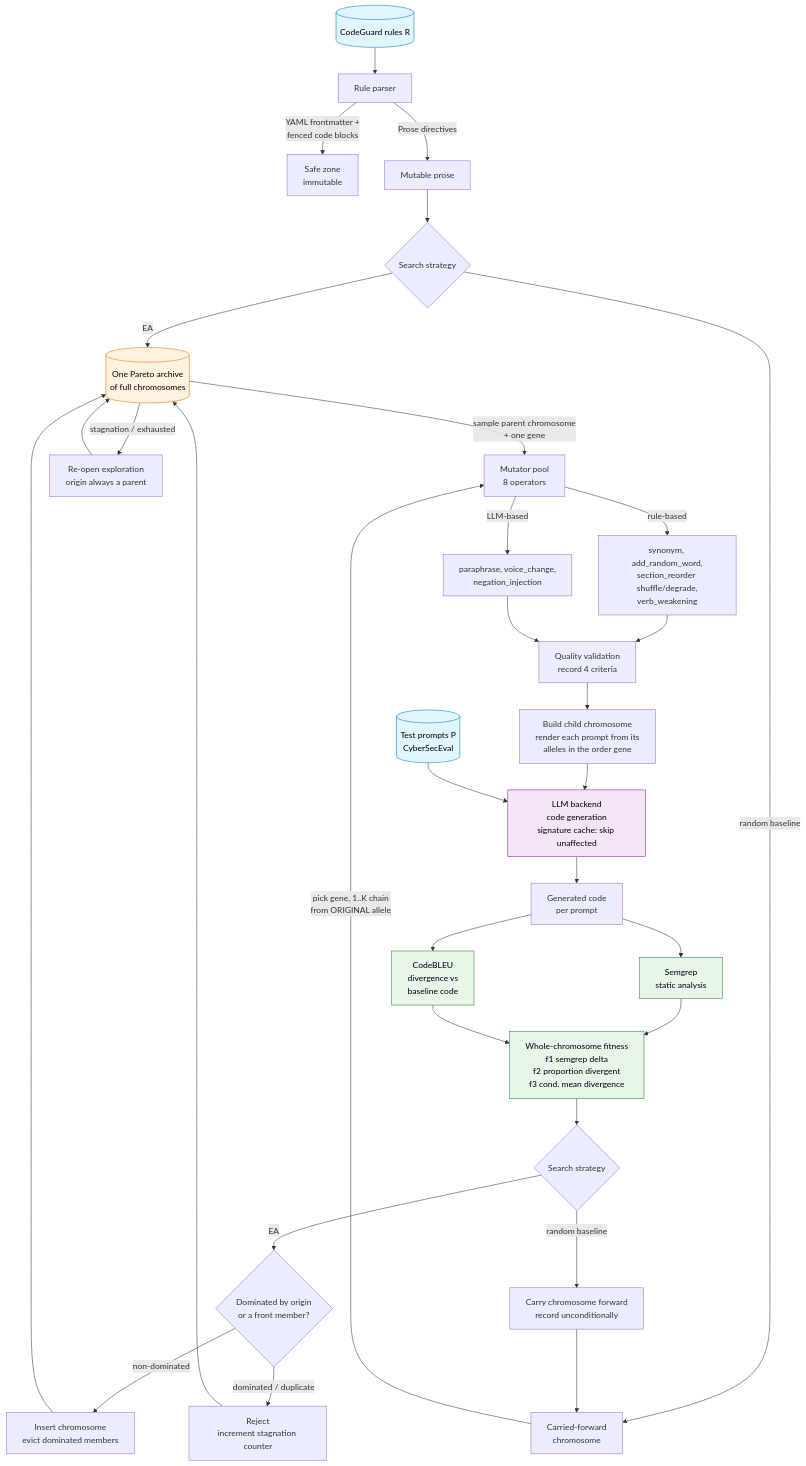
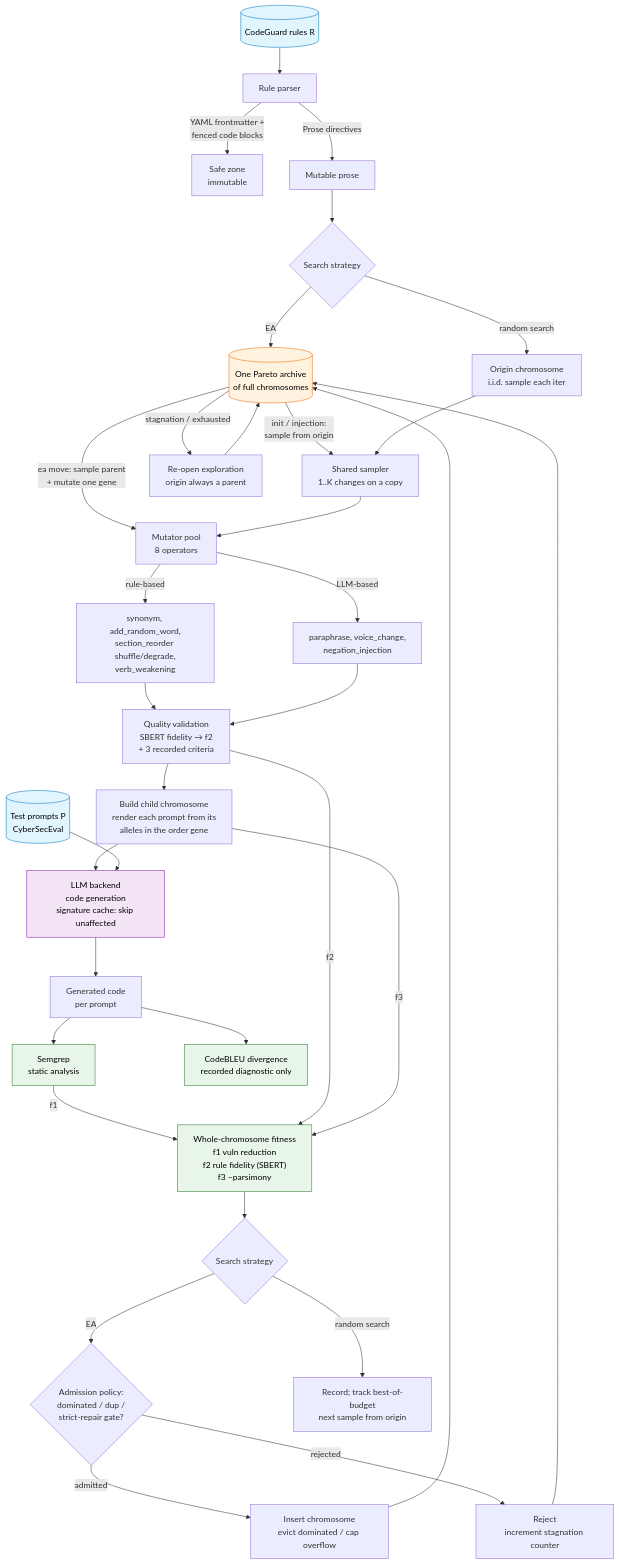
One commit to RobertoN0/rule-mutation changed the diagram in ARCHITECTURE.md. Above: the diagram before and after it, drawn with Mermaid. The commit also changed other lines of this file and 4 other files, not shown here.

First line of the commit message:
docs: refresh all docs to schema-4 repair reality, trim premature analysis

````diff
--- a/ARCHITECTURE.md
+++ b/ARCHITECTURE.md
@@ -20,59 +19,61 @@
 ```mermaid
 flowchart TD
     %% ===== Inputs =====
     R[("CodeGuard rules R")]
     P[("Test prompts P<br/>CyberSecEval")]
 
     %% ===== Rule parsing / safe-zone contract =====
     R --> RP[Rule parser]
     RP -->|YAML frontmatter +<br/>fenced code blocks| SZ[Safe zone<br/>immutable]
     RP -->|Prose directives| MZ[Mutable prose]
 
-    %% ===== Strategy split: parent selection =====
+    %% ===== Strategy split: how the next candidate is built =====
     MZ --> STRAT{Search strategy}
     STRAT -->|EA| ARC[("One Pareto archive<br/>of full chromosomes")]
-    STRAT -->|random baseline| CUR[Carried-forward<br/>chromosome]
-    ARC -->|sample parent chromosome<br/>+ one gene| MUT[Mutator pool<br/>8 operators]
-    CUR -->|pick gene, 1..K chain<br/>from ORIGINAL allele| MUT
+    STRAT -->|random search| ORG[Origin chromosome<br/>i.i.d. sample each iter]
+    ARC -->|ea move: sample parent<br/>+ mutate one gene| MUT[Mutator pool<br/>8 operators]
+    ARC -->|init / injection:<br/>sample from origin| SMP[Shared sampler<br/>1..K changes on a copy]
+    ORG --> SMP
+    SMP --> MUT
 
     %% ===== Mutator pool =====
     MUT -->|rule-based| MB[synonym, add_random_word,<br/>section_reorder shuffle/degrade,<br/>verb_weakening]
     MUT -->|LLM-based| LB[paraphrase, voice_change,<br/>negation_injection]
-    MB --> QV[Quality validation<br/>record 4 criteria]
+    MB --> QV[Quality validation<br/>SBERT fidelity → f2<br/>+ 3 recorded criteria]
     LB --> QV
     QV --> ASM[Build child chromosome<br/>render each prompt from its<br/>alleles in the order gene]
 
-    %% ===== Fitness evaluation =====
+    %% ===== Fitness evaluation (conservative objectives) =====
     ASM --> LLM[LLM backend<br/>code generation<br/>signature cache: skip unaffected]
     P --> LLM
     LLM --> CODE[Generated code<br/>per prompt]
     CODE --> SG[Semgrep<br/>static analysis]
-    CODE --> CB[CodeBLEU<br/>divergence vs<br/>baseline code]
-    SG --> FIT["Whole-chromosome fitness<br/>f1 semgrep delta<br/>f2 proportion divergent<br/>f3 cond. mean divergence"]
-    CB --> FIT
+    CODE --> CB[CodeBLEU divergence<br/>recorded diagnostic only]
+    SG -->|f1| FIT["Whole-chromosome fitness<br/>f1 vuln reduction<br/>f2 rule fidelity (SBERT)<br/>f3 −parsimony"]
+    QV -->|f2| FIT
+    ASM -->|f3| FIT
 
     %% ===== Acceptance: strategy-dependent =====
     FIT --> ACC{Search strategy}
-    ACC -->|EA| TA{Dominated by origin<br/>or a front member?}
-    ACC -->|random baseline| LOG[Carry chromosome forward<br/>record unconditionally]
-    LOG --> CUR
-    TA -->|non-dominated| INS[Insert chromosome<br/>evict dominated members]
-    TA -->|dominated / duplicate| REJ[Reject<br/>increment stagnation counter]
+    ACC -->|EA| TA{Admission policy:<br/>dominated / dup /<br/>strict-repair gate?}
+    ACC -->|random search| LOG[Record; track best-of-budget<br/>next sample from origin]
+    TA -->|admitted| INS[Insert chromosome<br/>evict dominated / cap overflow]
+    TA -->|rejected| REJ[Reject<br/>increment stagnation counter]
     INS --> ARC
     REJ --> ARC
 
     %% ===== Restart (EA only): re-open, never wipe =====
     ARC -->|stagnation / exhausted| RST[Re-open exploration<br/>origin always a parent]
     RST --> ARC
 
     %% ===== Styling =====
     classDef input fill:#e1f5fe,stroke:#0277bd,color:#000
     classDef archive fill:#fff3e0,stroke:#ef6c00,color:#000
     classDef llm fill:#f3e5f5,stroke:#7b1fa2,color:#000
     classDef metric fill:#e8f5e9,stroke:#2e7d32,color:#000
 
     class R,P input
     class ARC archive
     class LLM llm
     class FIT,SG,CB metric
 ```
````
